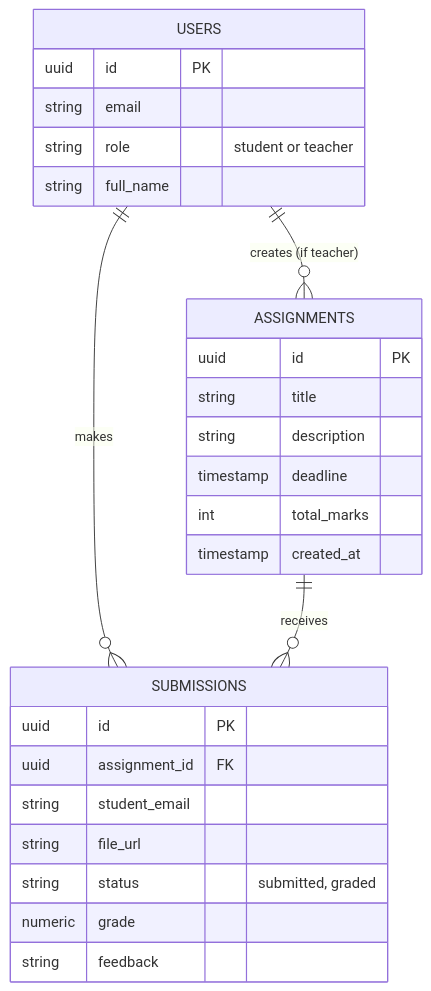
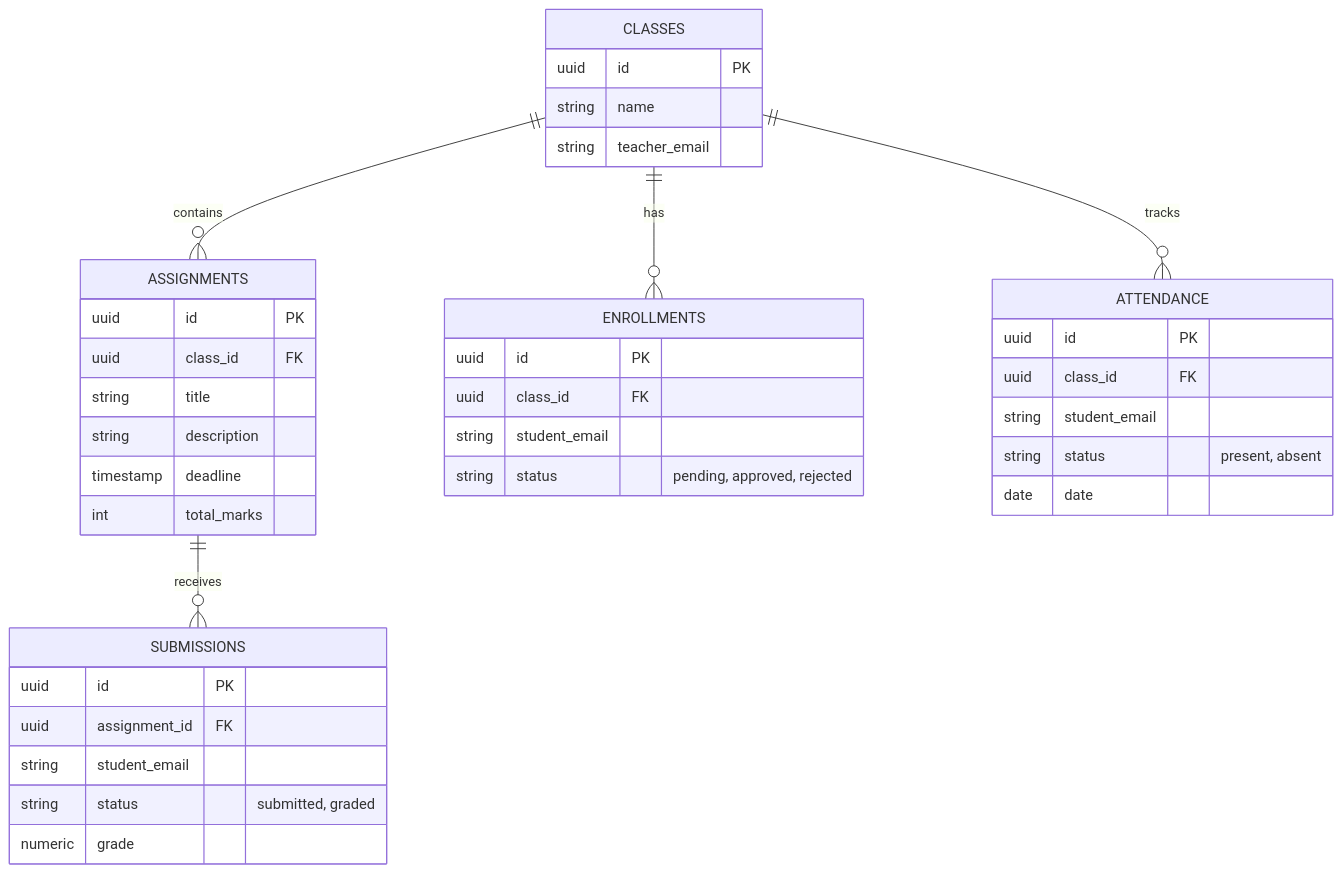
Before and after one commit to Eman-Nadeem/SyncLink: the second of 4 diagrams in Report_1.md, drawn with Mermaid. The commit also changed other lines of this file and 28 other files, not shown here.

Commit message:
feat: implement complete frontend dashboard and authentication structure for student and teacher portals

````diff
--- a/Report_1.md
+++ b/Report_1.md
@@ -97,30 +97,41 @@
 ```mermaid
 erDiagram
-    USERS {
+    CLASSES {
         uuid id PK
-        string email
-        string role "student or teacher"
-        string full_name
+        string name
+        string teacher_email
     }
     ASSIGNMENTS {
         uuid id PK
+        uuid class_id FK
         string title
         string description
         timestamp deadline
         int total_marks
-        timestamp created_at
     }
     SUBMISSIONS {
         uuid id PK
         uuid assignment_id FK
         string student_email
-        string file_url
         string status "submitted, graded"
         numeric grade
-        string feedback
+    }
+    ENROLLMENTS {
+        uuid id PK
+        uuid class_id FK
+        string student_email
+        string status "pending, approved, rejected"
+    }
+    ATTENDANCE {
+        uuid id PK
+        uuid class_id FK
+        string student_email
+        string status "present, absent"
+        date date
     }
 
-    USERS ||--o{ SUBMISSIONS : "makes"
-    USERS ||--o{ ASSIGNMENTS : "creates (if teacher)"
+    CLASSES ||--o{ ASSIGNMENTS : "contains"
+    CLASSES ||--o{ ENROLLMENTS : "has"
+    CLASSES ||--o{ ATTENDANCE : "tracks"
     ASSIGNMENTS ||--o{ SUBMISSIONS : "receives"
 ```
````
